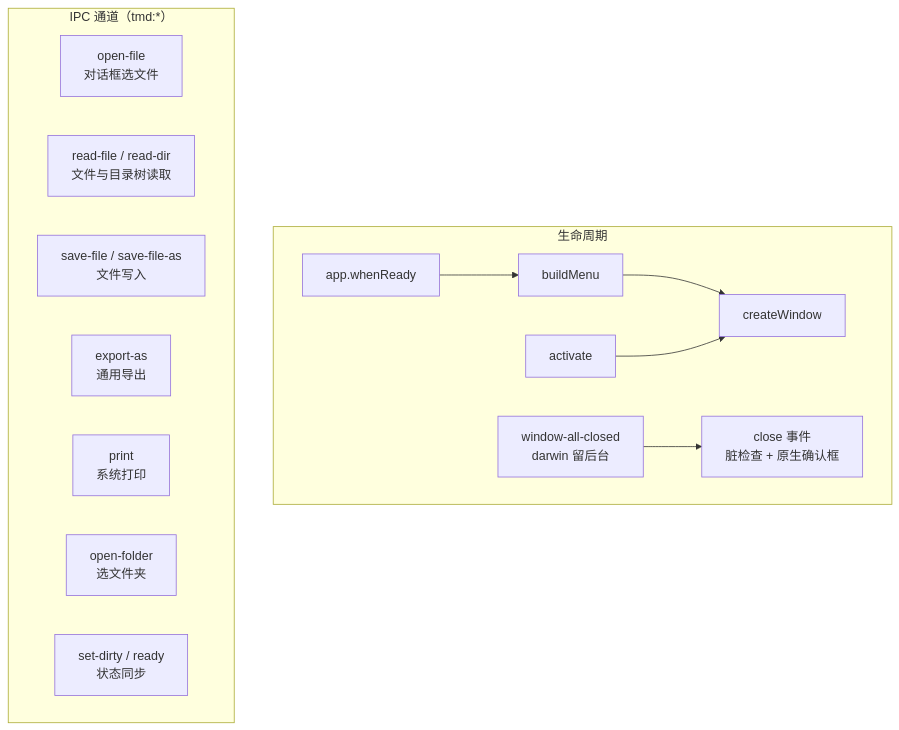
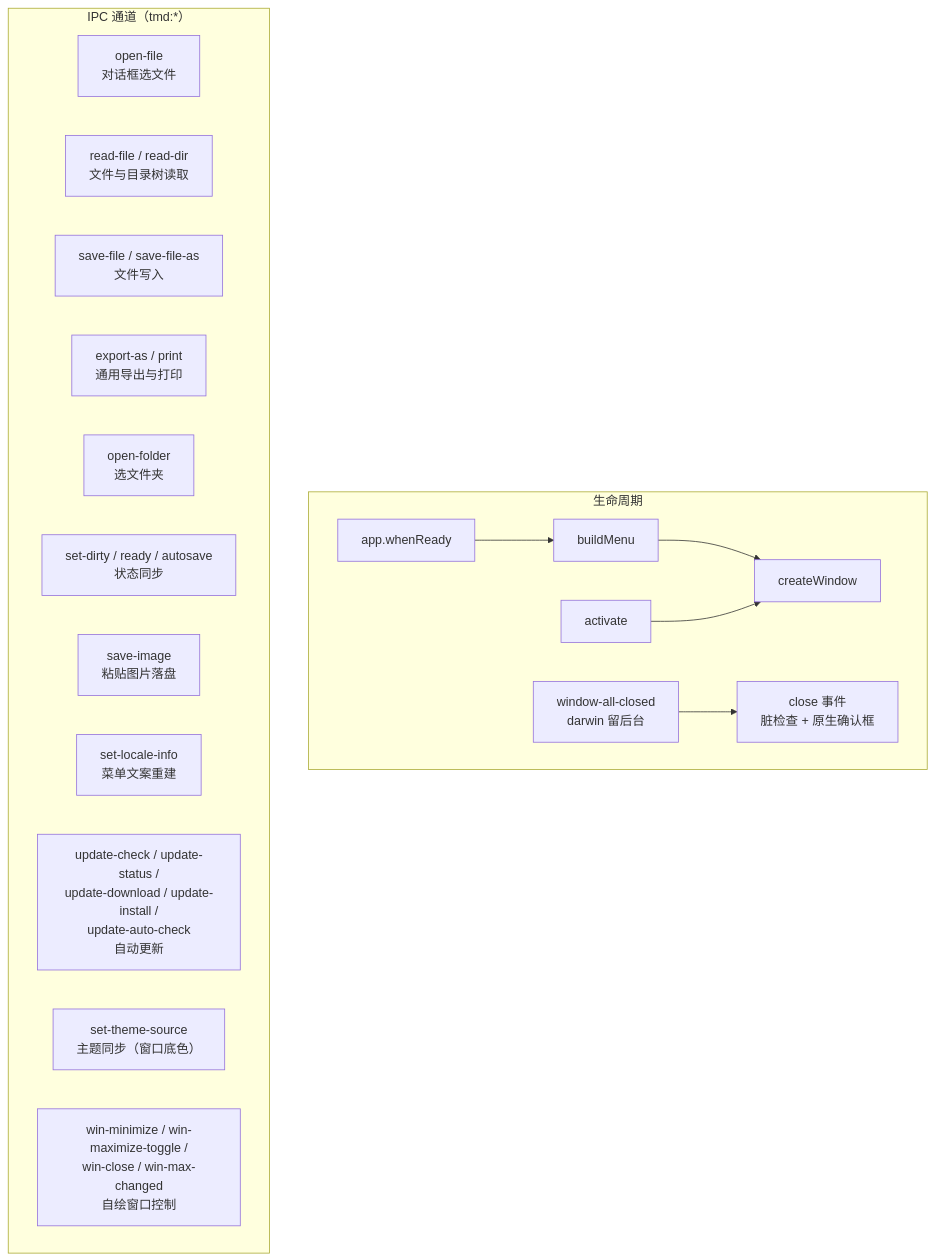
Before and after one commit to ChiangyangNPU/for-mark: the fourth of 4 diagrams in docs/架构设计.md, drawn with Mermaid. The commit also changed other lines of this file and 20 other files, not shown here.

````diff
--- a/docs/架构设计.md
+++ b/docs/架构设计.md
@@ -159,18 +159,22 @@
 ```mermaid
 flowchart TB
     subgraph 生命周期
         L1[app.whenReady] --> L2[buildMenu] --> L3[createWindow]
         L4[activate] --> L3
         L5[window-all-closed<br/>darwin 留后台] --> L6[close 事件<br/>脏检查 + 原生确认框]
     end
 
     subgraph IPC["IPC 通道（tmd:*）"]
         C1[open-file<br/>对话框选文件]
         C2[read-file / read-dir<br/>文件与目录树读取]
         C3[save-file / save-file-as<br/>文件写入]
-        C4[export-as<br/>通用导出]
-        C5[print<br/>系统打印]
-        C6[open-folder<br/>选文件夹]
-        C7[set-dirty / ready<br/>状态同步]
+        C4[export-as / print<br/>通用导出与打印]
+        C5[open-folder<br/>选文件夹]
+        C6[set-dirty / ready / autosave<br/>状态同步]
+        C7[save-image<br/>粘贴图片落盘]
+        C8[set-locale-info<br/>菜单文案重建]
+        C9[update-check / update-status /<br/>update-download / update-install /<br/>update-auto-check<br/>自动更新]
+        C10[set-theme-source<br/>主题同步（窗口底色）]
+        C11[win-minimize / win-maximize-toggle /<br/>win-close / win-max-changed<br/>自绘窗口控制]
     end
 ```
````
